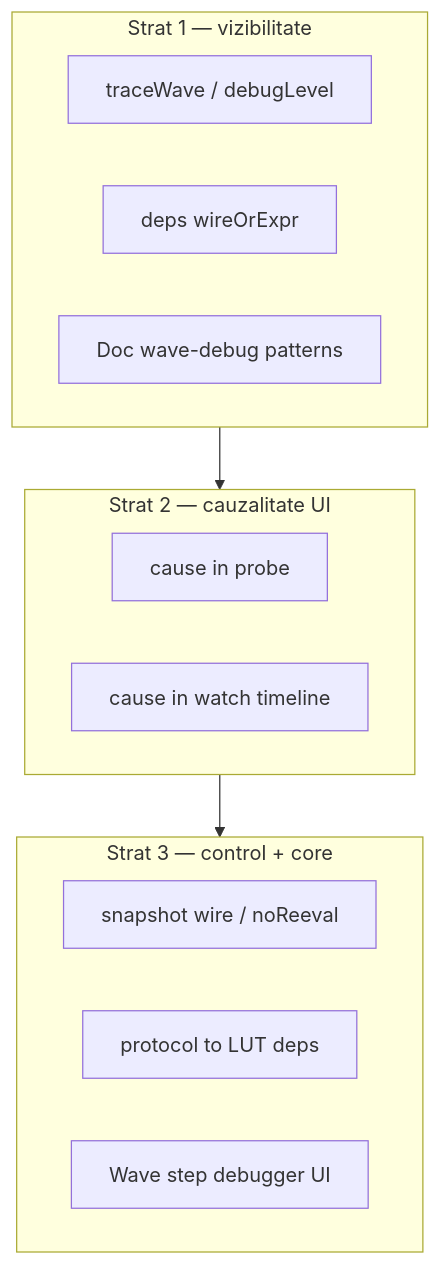
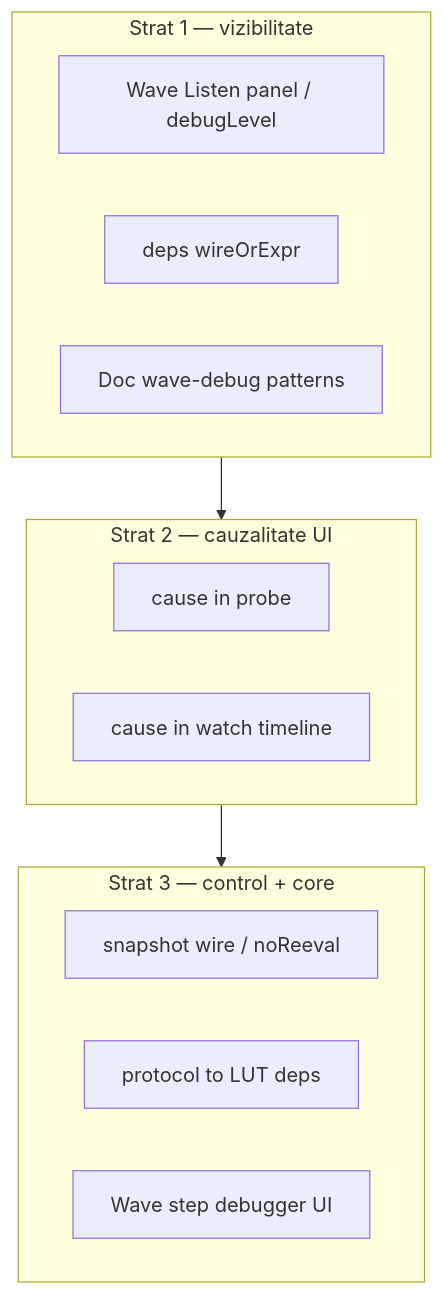
One commit to epsislow/logic-algebra-js changed the second of 4 diagrams in library/logTscript/.cursor/plans/wave_debug_tooling.plan.md. Above: the diagram before and after it, drawn with Mermaid. The commit also changed other lines of this file and 12 other files, not shown here.

````diff
--- a/library/logTscript/.cursor/plans/wave_debug_tooling.plan.md
+++ b/library/logTscript/.cursor/plans/wave_debug_tooling.plan.md
@@ -102,19 +102,19 @@
 ```mermaid
 flowchart TB
   subgraph layer1 [Strat 1 — vizibilitate]
-    traceWave[traceWave / debugLevel]
+    waveListen[Wave Listen panel / debugLevel]
     depsStmt[deps wireOrExpr]
     docPatterns[Doc wave-debug patterns]
   end
   subgraph layer2 [Strat 2 — cauzalitate UI]
     probeCause[cause in probe]
     watchCause[cause in watch timeline]
   end
   subgraph layer3 [Strat 3 — control + core]
     snapshot[snapshot wire / noReeval]
     protoDeps[protocol to LUT deps]
     stepDbg[Wave step debugger UI]
   end
   layer1 --> layer2
   layer2 --> layer3
 ```
````
